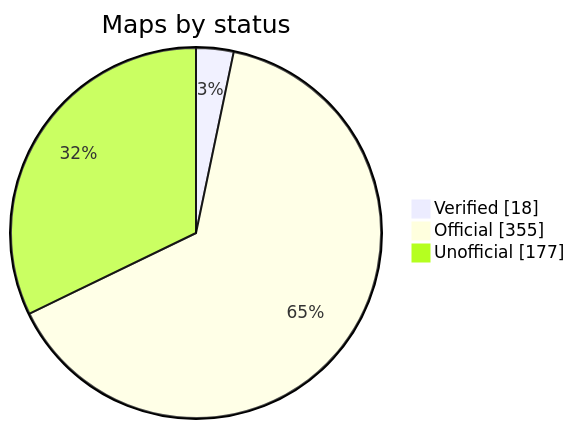
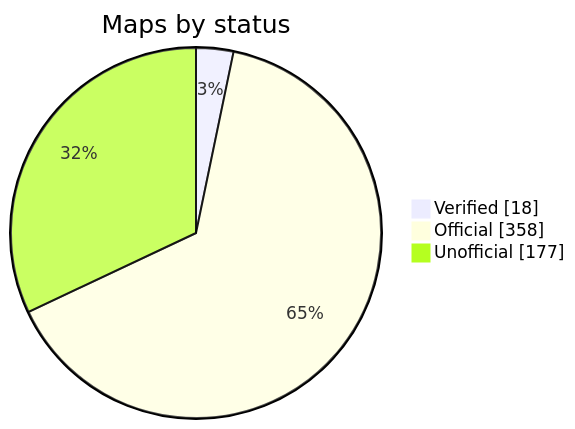
Before and after one commit to nobrega8/mbmap-library: the diagram in README.md, drawn with Mermaid. The commit also changed 8 other files, not shown here.

````diff
--- a/README.md
+++ b/README.md
@@ -52,7 +52,7 @@
 ```mermaid
 pie showData
     title Maps by status
     "Verified" : 18
-    "Official" : 355
+    "Official" : 358
     "Unofficial" : 177
 ```
````
